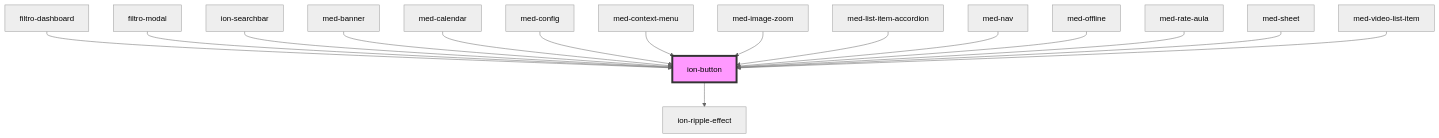
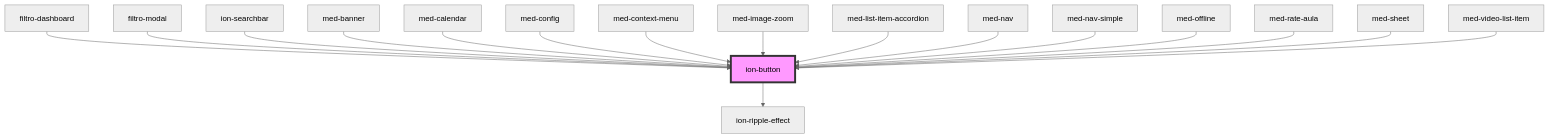
The diagram in core/src/components/button/readme.md (MEDGRUPOGIT/ionic-framework-1), drawn with Mermaid (neutral theme) before and after one commit. The commit also changed other lines of this file and 44 other files, not shown here.

````diff
--- a/core/src/components/button/readme.md
+++ b/core/src/components/button/readme.md
@@ -393,19 +394,20 @@
 ```mermaid
 graph TD;
   ion-button --> ion-ripple-effect
   filtro-dashboard --> ion-button
   filtro-modal --> ion-button
   ion-searchbar --> ion-button
   med-banner --> ion-button
   med-calendar --> ion-button
   med-config --> ion-button
   med-context-menu --> ion-button
   med-image-zoom --> ion-button
   med-list-item-accordion --> ion-button
   med-nav --> ion-button
+  med-nav-simple --> ion-button
   med-offline --> ion-button
   med-rate-aula --> ion-button
   med-sheet --> ion-button
   med-video-list-item --> ion-button
   style ion-button fill:#f9f,stroke:#333,stroke-width:4px
 ```
````
